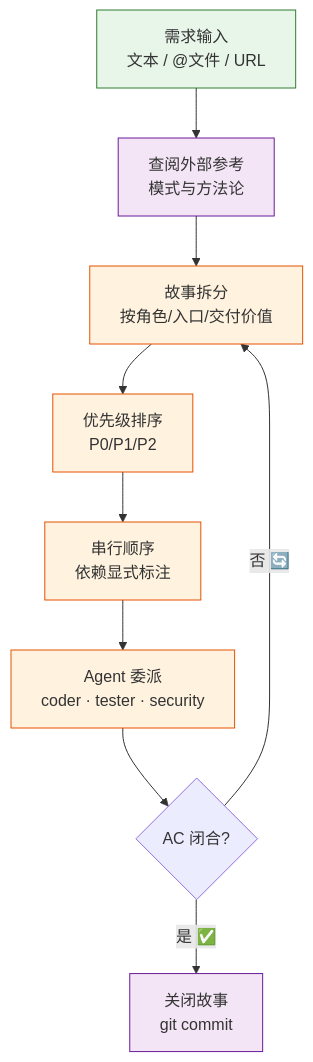
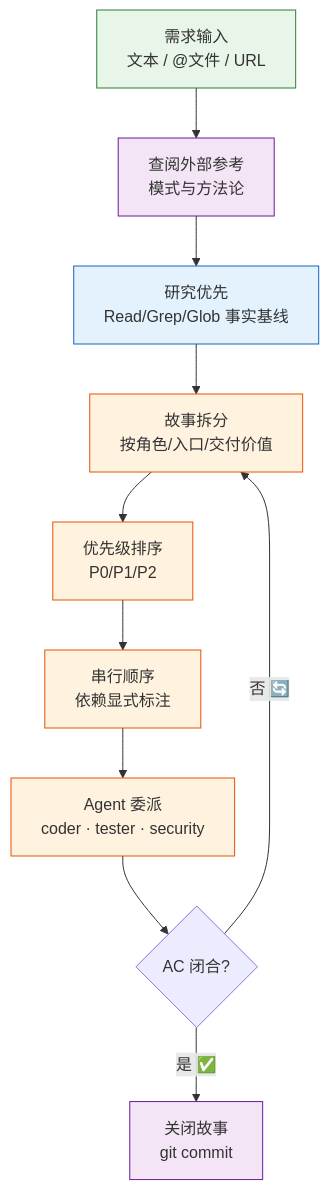
One commit to effiy/YrY changed the first of 5 diagrams in agents/pm.md. Above: the diagram before and after it, drawn with Mermaid. The commit also changed other lines of this file and 22 other files, not shown here.

````diff
--- a/agents/pm.md
+++ b/agents/pm.md
@@ -13,16 +13,18 @@
 ```mermaid
 flowchart TB
     REQ["需求输入<br/>文本 / @文件 / URL"]:::src --> REF["查阅外部参考<br/>模式与方法论"]:::ref
-    REF --> SPLIT["故事拆分<br/>按角色/入口/交付价值"]:::pm
+    REF --> RS["研究优先<br/>Read/Grep/Glob 事实基线"]:::rs
+    RS --> SPLIT["故事拆分<br/>按角色/入口/交付价值"]:::pm
     SPLIT --> PRI["优先级排序<br/>P0/P1/P2"]:::pm
     PRI --> SEQ["串行顺序<br/>依赖显式标注"]:::pm
     SEQ --> DEL["Agent 委派<br/>coder · tester · security"]:::pm
     DEL --> AC{"AC 闭合?"}
     AC -->|"否 🔄"| SPLIT
     AC -->|"是 ✅"| CLOSE["关闭故事<br/>git commit"]:::done
 
     classDef src fill:#e8f5e9,stroke:#2e7d32;
     classDef ref fill:#f3e5f5,stroke:#6a1b9a;
+    classDef rs fill:#e3f2fd,stroke:#1565c0;
     classDef pm fill:#fff3e0,stroke:#e65100;
     classDef done fill:#f3e5f5,stroke:#6a1b9a;
 ```
````
